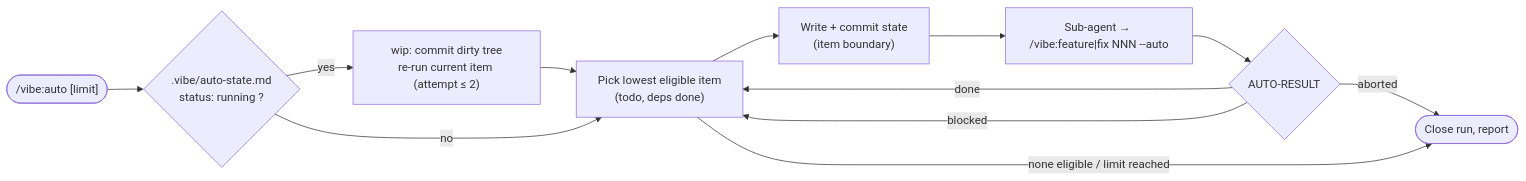
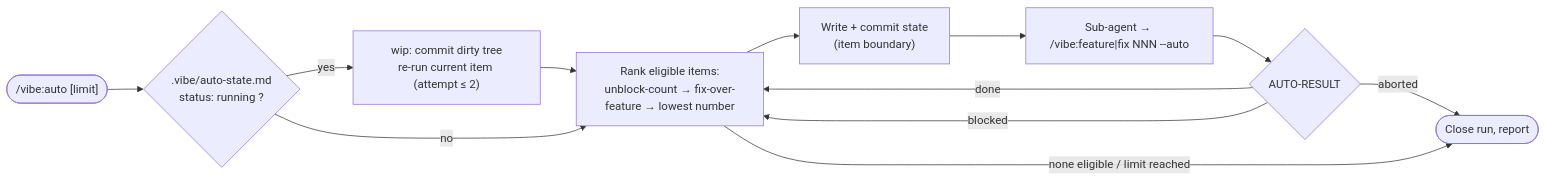
Before and after one commit to neolao/claude-plugin-vibe: the fourth of 6 diagrams in docs/workflows.md, drawn with Mermaid. The commit also changed other lines of this file and 3 other files, not shown here.

````diff
--- a/docs/workflows.md
+++ b/docs/workflows.md
@@ -64,12 +66,12 @@
 ```mermaid
 flowchart LR
     start(["/vibe:auto [limit]"]) --> resume{".vibe/auto-state.md<br/>status: running ?"}
     resume -- yes --> recover["wip: commit dirty tree<br/>re-run current item (attempt ≤ 2)"] --> pick
-    resume -- no --> pick["Pick lowest eligible item<br/>(todo, deps done)"]
+    resume -- no --> pick["Rank eligible items:<br/>unblock-count → fix-over-feature → lowest number"]
     pick --> state["Write + commit state<br/>(item boundary)"] --> agent["Sub-agent → /vibe:feature|fix NNN --auto"]
     agent --> verdict{"AUTO-RESULT"}
     verdict -- done --> pick
     verdict -- blocked --> pick
     verdict -- aborted --> stop(["Close run, report"])
     pick -- "none eligible / limit reached" --> stop
 ```
````
